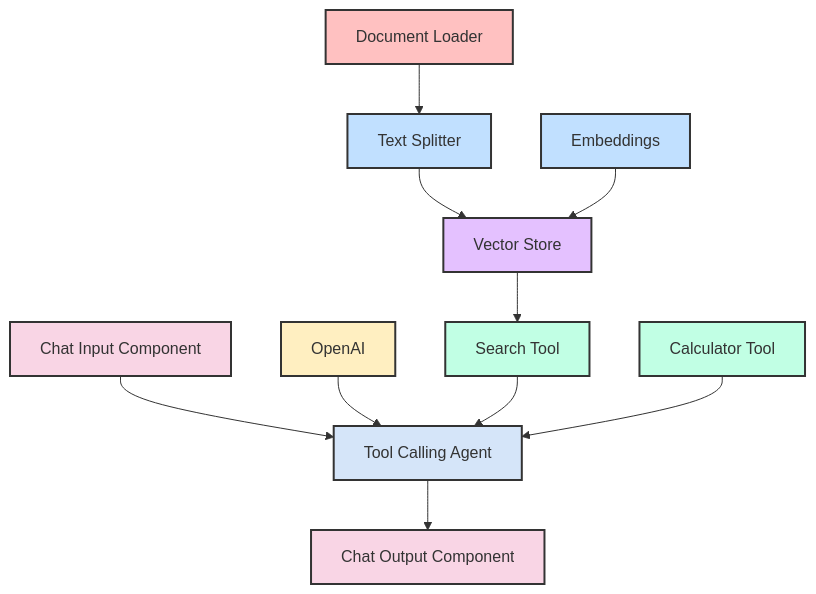
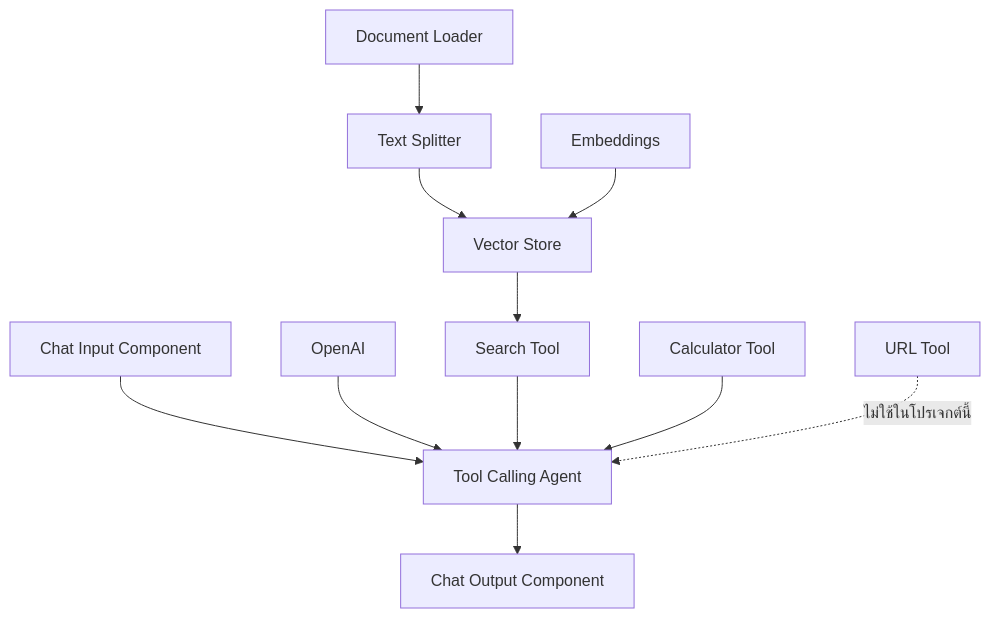
Before and after one commit to amornpan/langflow-ai: the fourth of 18 diagrams in hand-on_2-3/README_TH.md, drawn with Mermaid. The commit also changed other lines of this file and 3 other files, not shown here.

````diff
--- a/hand-on_2-3/README_TH.md
+++ b/hand-on_2-3/README_TH.md
@@ -123,28 +117,13 @@
 ```mermaid
 graph TD
     A[Chat Input Component] --> B[Tool Calling Agent]
     B --> C[Chat Output Component]
-    
     D[OpenAI] --> B
-    
     E[Search Tool] --> B
     F[Calculator Tool] --> B
-    
-    G[Vector Store] --> E
-    
-    H[Text Splitter] --> G
-    I[Embeddings] --> G
-    
-    J[Document Loader] --> H
-    
-    style A fill:#f9d5e5,stroke:#333,stroke-width:2px
-    style B fill:#d5e5f9,stroke:#333,stroke-width:2px
-    style C fill:#f9d5e5,stroke:#333,stroke-width:2px
-    style D fill:#ffefc1,stroke:#333,stroke-width:2px
-    style E fill:#c1ffe4,stroke:#333,stroke-width:2px
-    style F fill:#c1ffe4,stroke:#333,stroke-width:2px
-    style G fill:#e4c1ff,stroke:#333,stroke-width:2px
-    style H fill:#c1e0ff,stroke:#333,stroke-width:2px
-    style I fill:#c1e0ff,stroke:#333,stroke-width:2px
-    style J fill:#ffc1c1,stroke:#333,stroke-width:2px
+    G[URL Tool] -.ไม่ใช้ในโปรเจกต์นี้.-> B
+    H[Vector Store] --> E
+    I[Text Splitter] --> H
+    J[Embeddings] --> H
+    K[Document Loader] --> I
 ```
````
